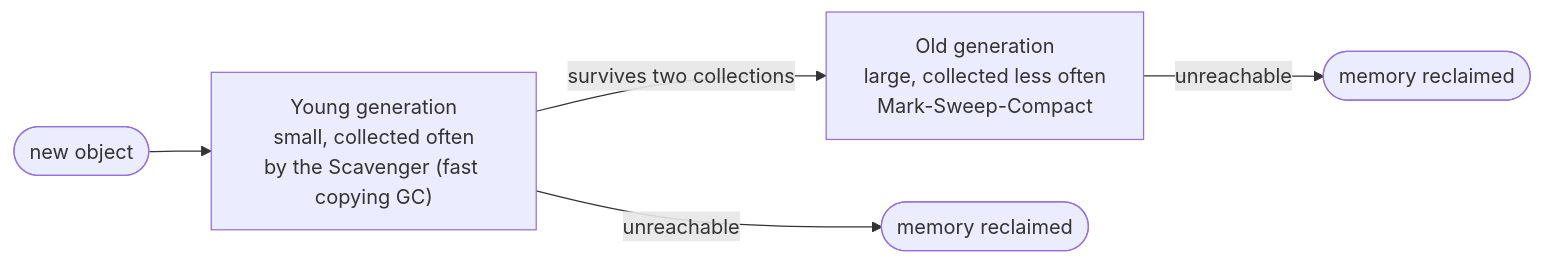
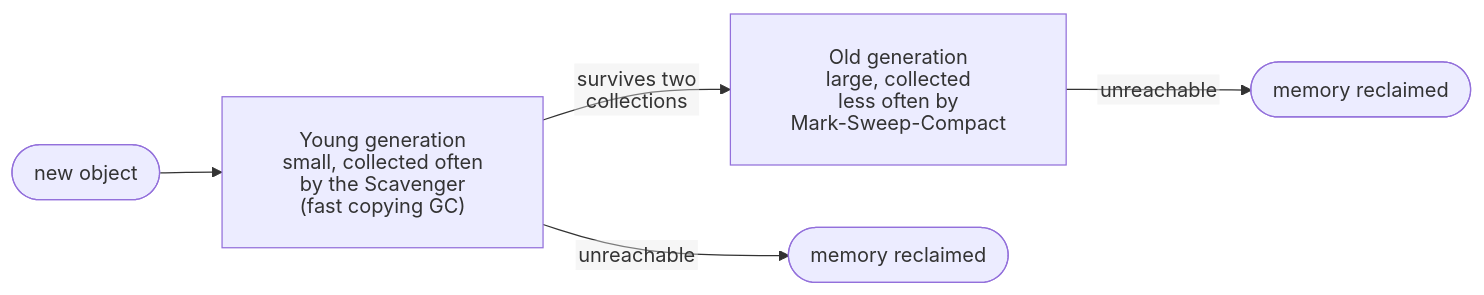
The fifth of 26 diagrams in README.md (renatolinsdigital/nodejs-quickstart), drawn with Mermaid before and after one commit. The commit also changed other lines of this file, not shown here.

First line of the commit message:
renames guide to Understanding Node.js Well and fixes clipped diagram labels

````diff
--- a/README.md
+++ b/README.md
@@ -465,7 +469,8 @@
 ```mermaid
+%%{init: {"htmlLabels": false, "flowchart": {"htmlLabels": false, "wrappingWidth": 400, "padding": 24}}}%%
 flowchart LR
-    NEW(["new object"]) --> YOUNG["Young generation<br/>small, collected often<br/>by the Scavenger (fast copying GC)"]
-    YOUNG -- "survives two collections" --> OLD["Old generation<br/>large, collected less often<br/>Mark-Sweep-Compact"]
+    NEW(["new object"]) --> YOUNG["Young generation<br/>small, collected often<br/>by the Scavenger<br/>(fast copying GC)"]
+    YOUNG -- "survives two<br/>collections" --> OLD["Old generation<br/>large, collected<br/>less often by<br/>Mark-Sweep-Compact"]
     YOUNG -- "unreachable" --> FREE1(["memory reclaimed"])
     OLD -- "unreachable" --> FREE2(["memory reclaimed"])
 ```
````
